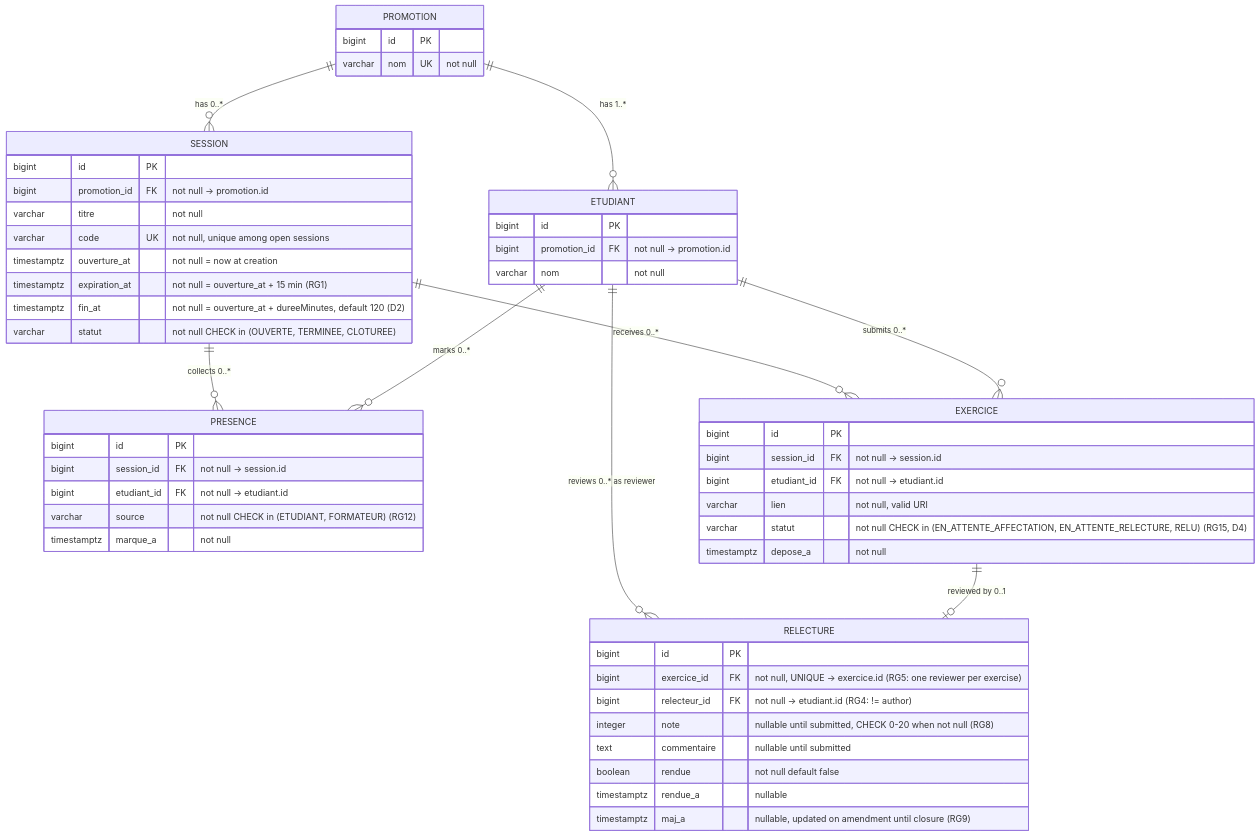
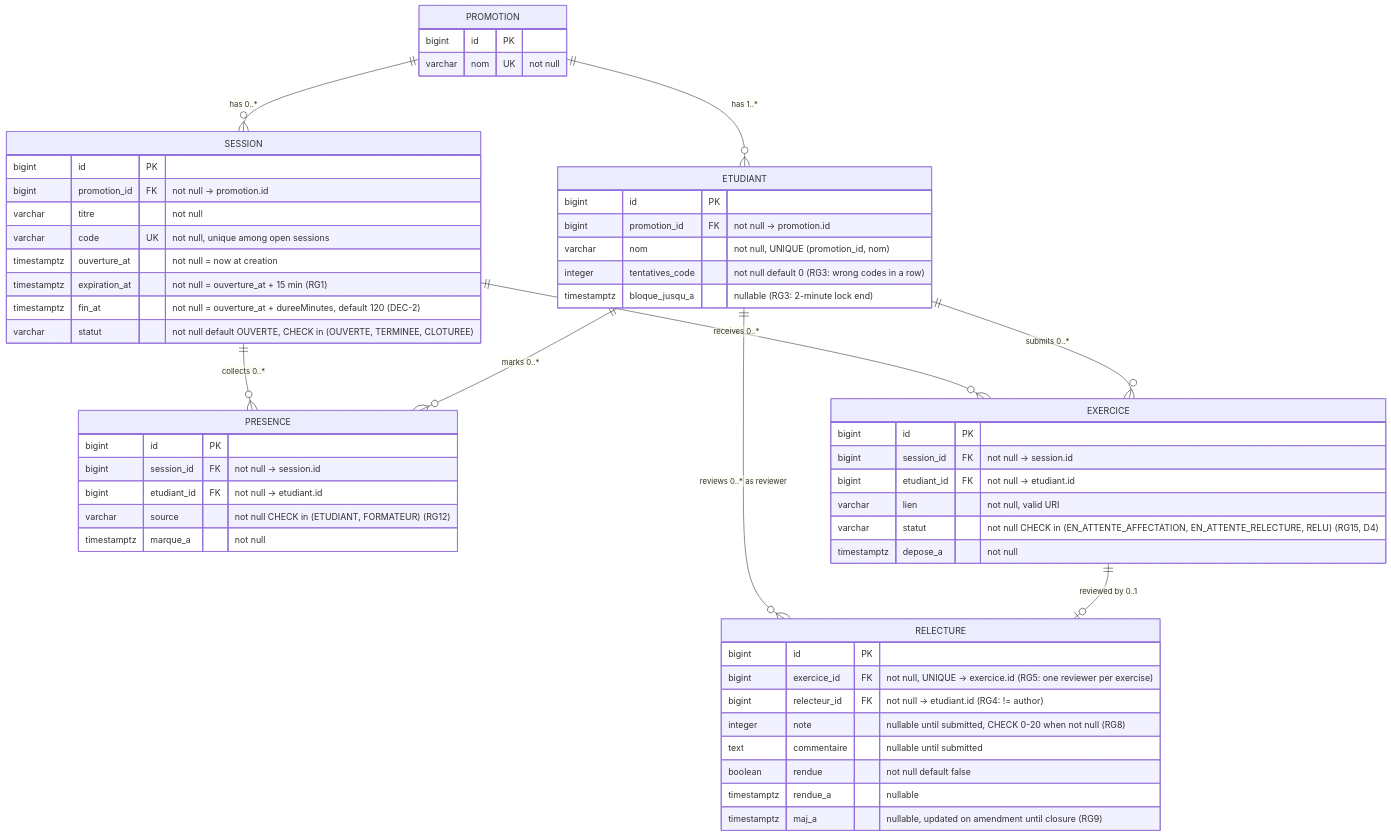
One commit to ulruchdev/-kfokam48-epreuve-259 changed the diagram in docs/diagrammes/D2-data-model.md. Above: the diagram before and after it, drawn with Mermaid. The commit also changed other lines of this file and 2 other files, not shown here.

````diff
--- a/docs/diagrammes/D2-data-model.md
+++ b/docs/diagrammes/D2-data-model.md
@@ -6,56 +6,58 @@
 ```mermaid
 erDiagram
     PROMOTION ||--o{ ETUDIANT : "has 1..*"
     PROMOTION ||--o{ SESSION : "has 0..*"
     ETUDIANT ||--o{ PRESENCE : "marks 0..*"
     SESSION ||--o{ PRESENCE : "collects 0..*"
     ETUDIANT ||--o{ EXERCICE : "submits 0..*"
     SESSION ||--o{ EXERCICE : "receives 0..*"
     EXERCICE ||--o| RELECTURE : "reviewed by 0..1"
     ETUDIANT ||--o{ RELECTURE : "reviews 0..* as reviewer"
 
     PROMOTION {
         bigint id PK
         varchar nom UK "not null"
     }
     ETUDIANT {
         bigint id PK
         bigint promotion_id FK "not null -> promotion.id"
-        varchar nom "not null"
+        varchar nom "not null, UNIQUE (promotion_id, nom)"
+        integer tentatives_code "not null default 0 (RG3: wrong codes in a row)"
+        timestamptz bloque_jusqu_a "nullable (RG3: 2-minute lock end)"
     }
     SESSION {
         bigint id PK
         bigint promotion_id FK "not null -> promotion.id"
         varchar titre "not null"
         varchar code UK "not null, unique among open sessions"
         timestamptz ouverture_at "not null = now at creation"
         timestamptz expiration_at "not null = ouverture_at + 15 min (RG1)"
-        timestamptz fin_at "not null = ouverture_at + dureeMinutes, default 120 (D2)"
-        varchar statut "not null CHECK in (OUVERTE, TERMINEE, CLOTUREE)"
+        timestamptz fin_at "not null = ouverture_at + dureeMinutes, default 120 (DEC-2)"
+        varchar statut "not null default OUVERTE, CHECK in (OUVERTE, TERMINEE, CLOTUREE)"
     }
     PRESENCE {
         bigint id PK
         bigint session_id FK "not null -> session.id"
         bigint etudiant_id FK "not null -> etudiant.id"
         varchar source "not null CHECK in (ETUDIANT, FORMATEUR) (RG12)"
         timestamptz marque_a "not null"
     }
     EXERCICE {
         bigint id PK
         bigint session_id FK "not null -> session.id"
         bigint etudiant_id FK "not null -> etudiant.id"
         varchar lien "not null, valid URI"
         varchar statut "not null CHECK in (EN_ATTENTE_AFFECTATION, EN_ATTENTE_RELECTURE, RELU) (RG15, D4)"
         timestamptz depose_a "not null"
     }
     RELECTURE {
         bigint id PK
         bigint exercice_id FK "not null, UNIQUE -> exercice.id (RG5: one reviewer per exercise)"
         bigint relecteur_id FK "not null -> etudiant.id (RG4: != author)"
         integer note "nullable until submitted, CHECK 0-20 when not null (RG8)"
         text commentaire "nullable until submitted"
         boolean rendue "not null default false"
         timestamptz rendue_a "nullable"
         timestamptz maj_a "nullable, updated on amendment until closure (RG9)"
     }
 ```
````
